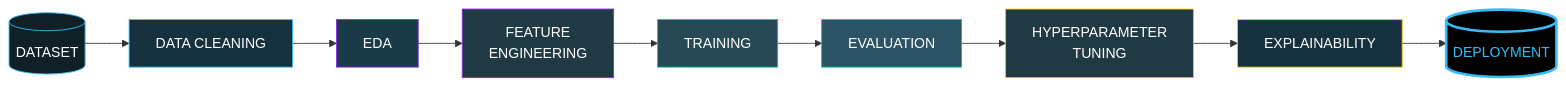
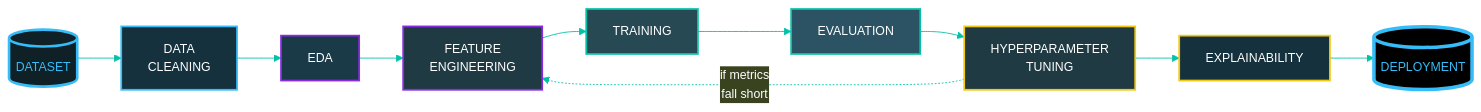
The third of 6 diagrams in README.md (NEERAJSINGHDANU07/NEERAJSINGHDANU07), drawn with Mermaid before and after one commit. The commit also changed other lines of this file, not shown here.

````diff
--- a/README.md
+++ b/README.md
@@ -315,21 +496,23 @@
 ```mermaid
+%%{init: {'theme':'base','themeVariables':{'fontFamily':'Fira Code, monospace','fontSize':'14px','primaryColor':'#203A43','primaryTextColor':'#FFFFFF','primaryBorderColor':'#36BCF7','lineColor':'#00C2A8'}}}%%
 flowchart LR
-    A[("DATASET")] --> B["DATA CLEANING"]
+    A[("DATASET")] --> B["DATA<br/>CLEANING"]
     B --> C["EDA"]
-    C --> D["FEATURE\nENGINEERING"]
+    C --> D["FEATURE<br/>ENGINEERING"]
     D --> E["TRAINING"]
     E --> F["EVALUATION"]
-    F --> G["HYPERPARAMETER\nTUNING"]
+    F --> G["HYPERPARAMETER<br/>TUNING"]
+    G -.->|"if metrics<br/>fall short"| D
     G --> H["EXPLAINABILITY"]
     H --> I[("DEPLOYMENT")]
 
-    style A fill:#0F2027,stroke:#36BCF7,color:#fff
-    style B fill:#14313d,stroke:#36BCF7,color:#fff
-    style C fill:#1a3a48,stroke:#8A2BE2,color:#fff
-    style D fill:#203A43,stroke:#8A2BE2,color:#fff
-    style E fill:#274953,stroke:#00C2A8,color:#fff
-    style F fill:#2C5364,stroke:#00C2A8,color:#fff
-    style G fill:#203A43,stroke:#F2C811,color:#fff
-    style H fill:#14313d,stroke:#F2C811,color:#fff
-    style I fill:#000000,stroke:#36BCF7,stroke-width:3px,color:#36BCF7
+    style A fill:#0F2027,stroke:#36BCF7,stroke-width:3px,color:#36BCF7
+    style B fill:#14313D,stroke:#36BCF7,stroke-width:2px,color:#FFFFFF
+    style C fill:#1A3A48,stroke:#8A2BE2,stroke-width:2px,color:#FFFFFF
+    style D fill:#203A43,stroke:#8A2BE2,stroke-width:2px,color:#FFFFFF
+    style E fill:#274953,stroke:#00C2A8,stroke-width:2px,color:#FFFFFF
+    style F fill:#2C5364,stroke:#00C2A8,stroke-width:2px,color:#FFFFFF
+    style G fill:#203A43,stroke:#F2C811,stroke-width:2px,color:#FFFFFF
+    style H fill:#14313D,stroke:#F2C811,stroke-width:2px,color:#FFFFFF
+    style I fill:#000000,stroke:#36BCF7,stroke-width:4px,color:#36BCF7
 ```
````
